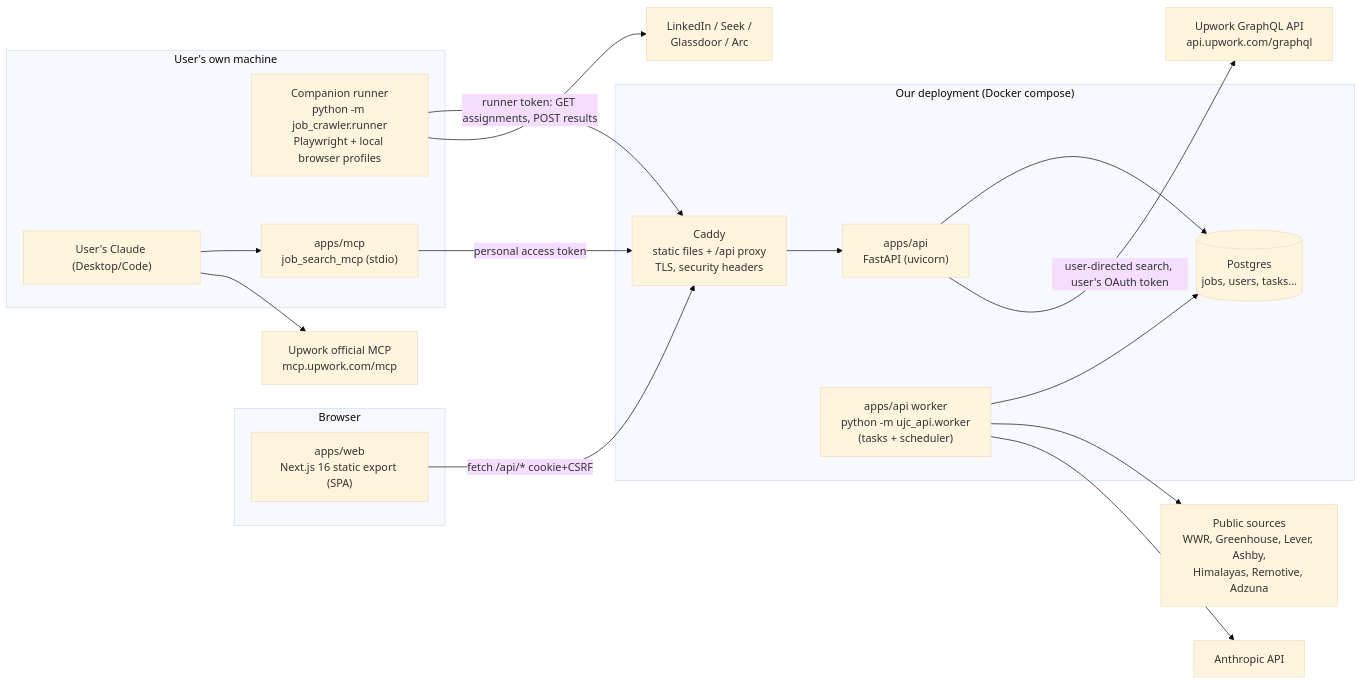
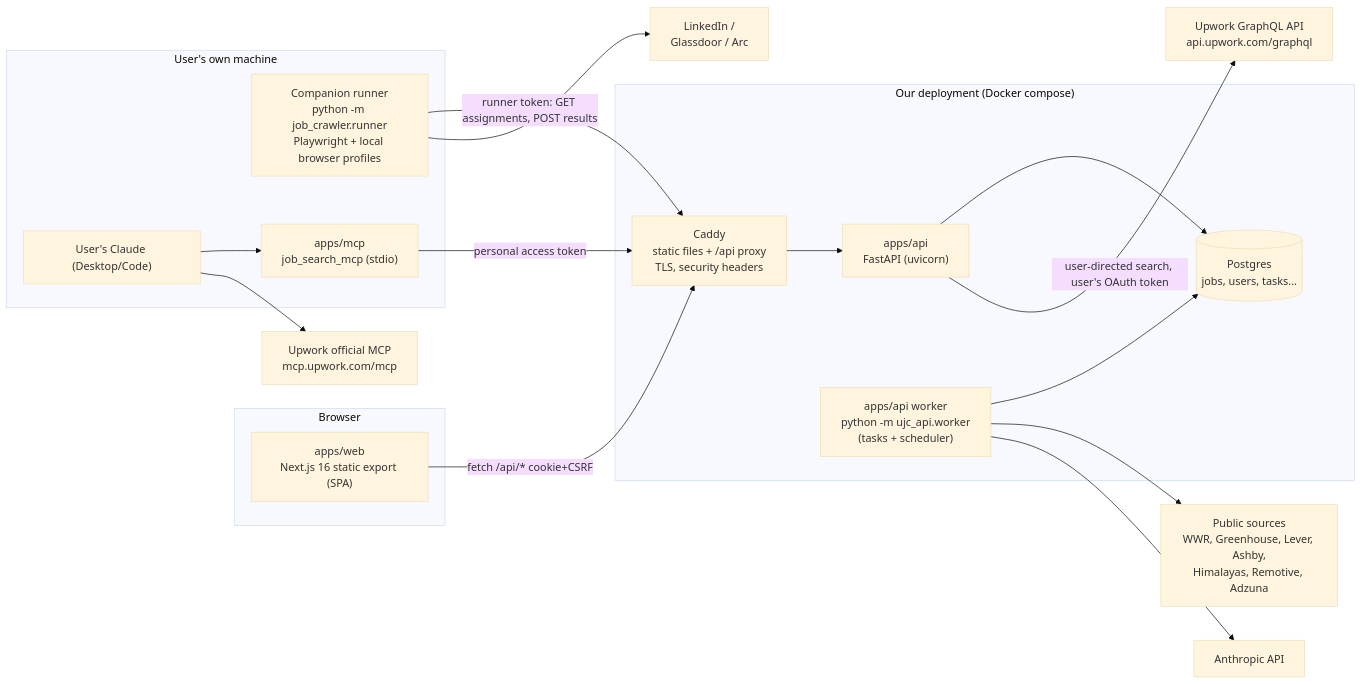
One commit to NoatToan/job-seeking changed the first of 2 diagrams in docs/product/ARCHITECTURE.md. Above: the diagram before and after it, drawn with Mermaid (base theme). The commit also changed other lines of this file and 12 other files, not shown here.

First line of the commit message:
refactor: one SEEK/WWR/Arc parser shared by crawler, MCP and API; SEEK via JSON API (M3-09)

````diff
--- a/docs/product/ARCHITECTURE.md
+++ b/docs/product/ARCHITECTURE.md
@@ -25,33 +25,33 @@
 ```mermaid
 flowchart LR
   subgraph Browser
     SPA["apps/web\nNext.js 16 static export (SPA)"]
   end
   subgraph Server["Our deployment (Docker compose)"]
     Caddy["Caddy\nstatic files + /api proxy\nTLS, security headers"]
     API["apps/api\nFastAPI (uvicorn)"]
     Worker["apps/api worker\npython -m ujc_api.worker\n(tasks + scheduler)"]
     PG[("Postgres\njobs, users, tasks...")]
   end
   subgraph UserMachine["User's own machine"]
     Runner["Companion runner\npython -m job_crawler.runner\nPlaywright + local browser profiles"]
     Claude["User's Claude (Desktop/Code)"]
     UjcMcp["apps/mcp\njob_search_mcp (stdio)"]
   end
   Public["Public sources\nWWR, Greenhouse, Lever, Ashby,\nHimalayas, Remotive, Adzuna"]
   Upwork["Upwork GraphQL API\napi.upwork.com/graphql"]
   UpworkMcp["Upwork official MCP\nmcp.upwork.com/mcp"]
   Anthropic["Anthropic API"]
-  Sites["LinkedIn / Seek /\nGlassdoor / Arc"]
+  Sites["LinkedIn /\nGlassdoor / Arc"]
 
   SPA -->|fetch /api/* cookie+CSRF| Caddy --> API
   API --> PG
   Worker --> PG
   Worker --> Public
   Worker --> Anthropic
   API -->|user-directed search, user's OAuth token| Upwork
   Runner -->|runner token: GET assignments, POST results| Caddy
   Runner --> Sites
   Claude --> UjcMcp -->|personal access token| Caddy
   Claude --> UpworkMcp
 ```
````
